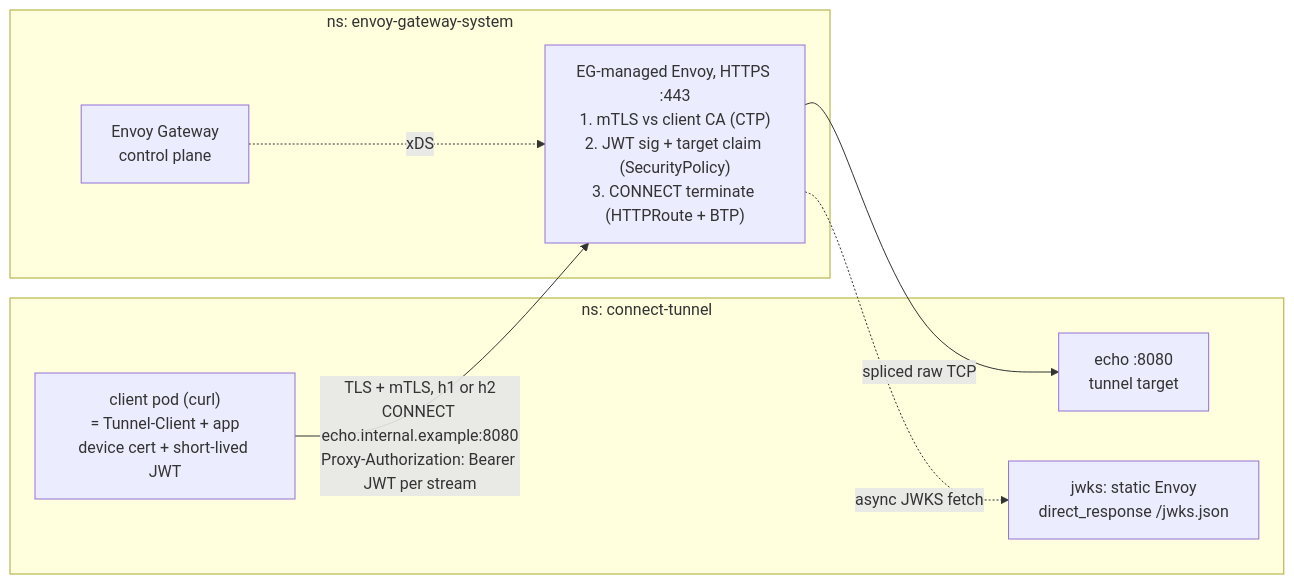
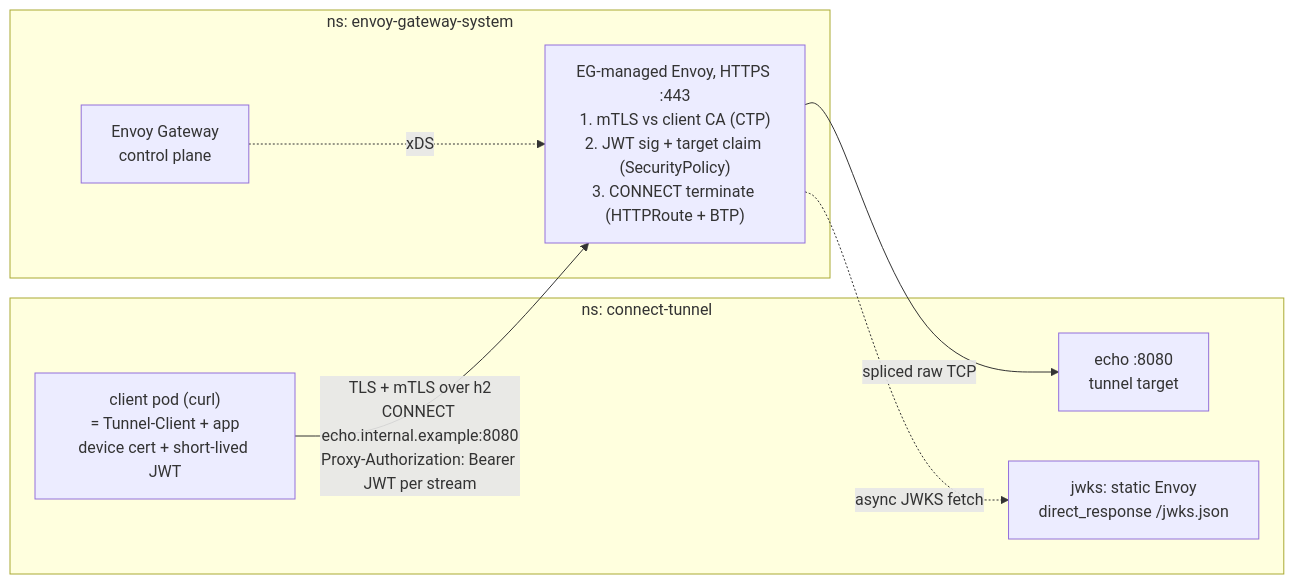
The diagram in gateway/connect-tunnel/README.md (zhaohuabing/playground), drawn with Mermaid before and after one commit. The commit also changed other lines of this file and 2 other files, not shown here.

First line of the commit message:
connect-tunnel: drop the h2 patch policy, tcp tunnels only

````diff
--- a/gateway/connect-tunnel/README.md
+++ b/gateway/connect-tunnel/README.md
@@ -25,18 +25,18 @@
 ```mermaid
 flowchart LR
   subgraph ct["ns: connect-tunnel"]
     Client["client pod (curl)<br/>= Tunnel-Client + app<br/>device cert + short-lived JWT"]
     Echo["echo :8080<br/>tunnel target"]
     JWKS["jwks: static Envoy<br/>direct_response /jwks.json"]
   end
 
   subgraph egs["ns: envoy-gateway-system"]
     Proxy["EG-managed Envoy, HTTPS :443<br/>1. mTLS vs client CA (CTP)<br/>2. JWT sig + target claim (SecurityPolicy)<br/>3. CONNECT terminate (HTTPRoute + BTP)"]
     EG["Envoy Gateway<br/>control plane"]
   end
 
-  Client -- "TLS + mTLS, h1 or h2<br/>CONNECT echo.internal.example:8080<br/>Proxy-Authorization: Bearer JWT per stream" --> Proxy
+  Client -- "TLS + mTLS over h2<br/>CONNECT echo.internal.example:8080<br/>Proxy-Authorization: Bearer JWT per stream" --> Proxy
   Proxy -- "spliced raw TCP" --> Echo
   Proxy -. "async JWKS fetch" .-> JWKS
   EG -. "xDS" .-> Proxy
 ```
````
